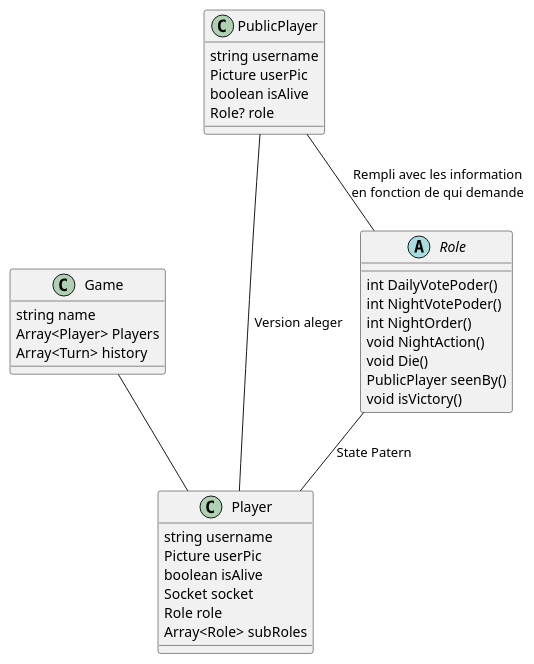
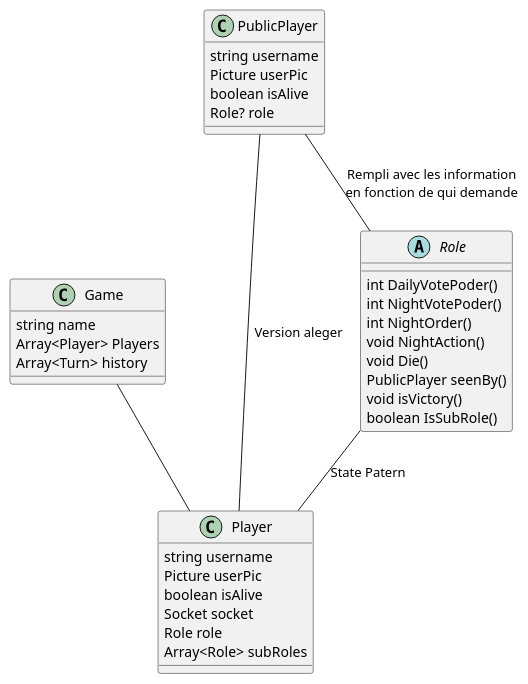
The diagram in analyse/game.puml (batleforc/LoupGraou), drawn with PlantUML before and after one commit.

Commit message:
[add] IsSubRole to game

```diff
--- a/analyse/game.puml
+++ b/analyse/game.puml
@@ -1,39 +1,40 @@
 @startuml
 
 class Game{
   string name
   Array<Player> Players
   Array<Turn> history
 }
 
 
 class Player{
   string username
   Picture userPic
   boolean isAlive
   Socket socket
   Role role
   Array<Role> subRoles
 }
 abstract Role {
   int DailyVotePoder()
   int NightVotePoder()
   int NightOrder()
   void NightAction()
   void Die()
   PublicPlayer seenBy()
   void isVictory()
+  boolean IsSubRole()
 }
 
 class PublicPlayer{
   string username
   Picture userPic
   boolean isAlive
   Role? role
 }
 
 Role -- Player : "State Patern"
 Game -- Player
 PublicPlayer -- Role : Rempli avec les information\nen fonction de qui demande
 PublicPlayer -- Player : Version aleger
 @enduml
```
